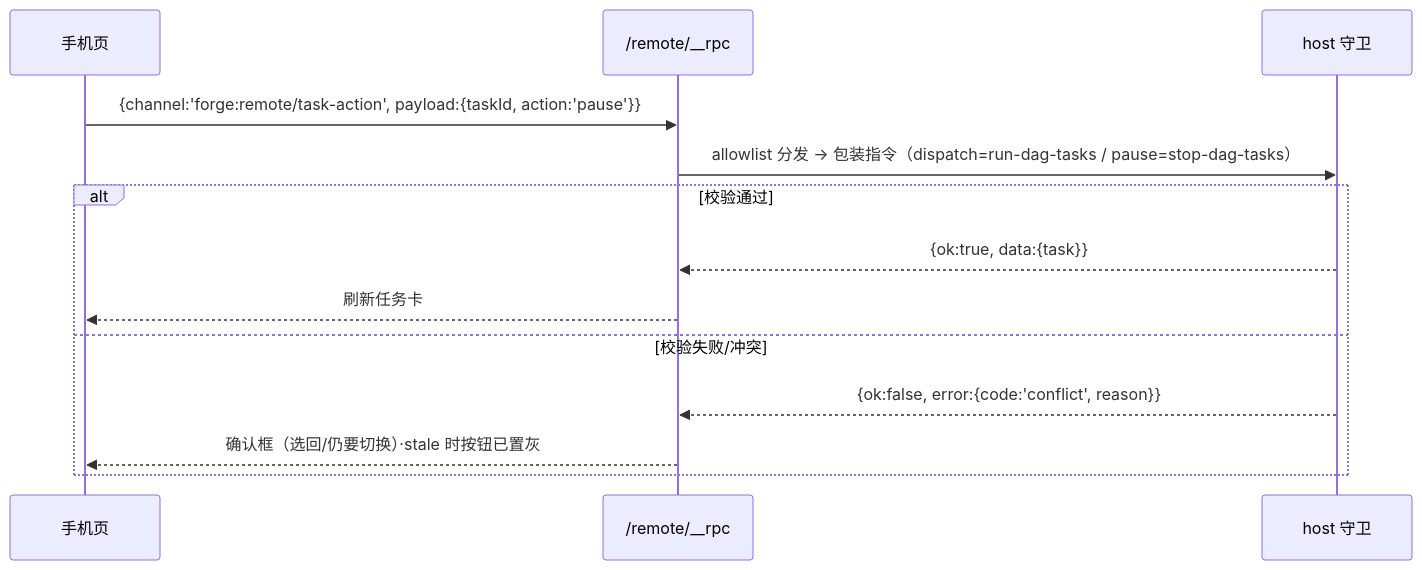
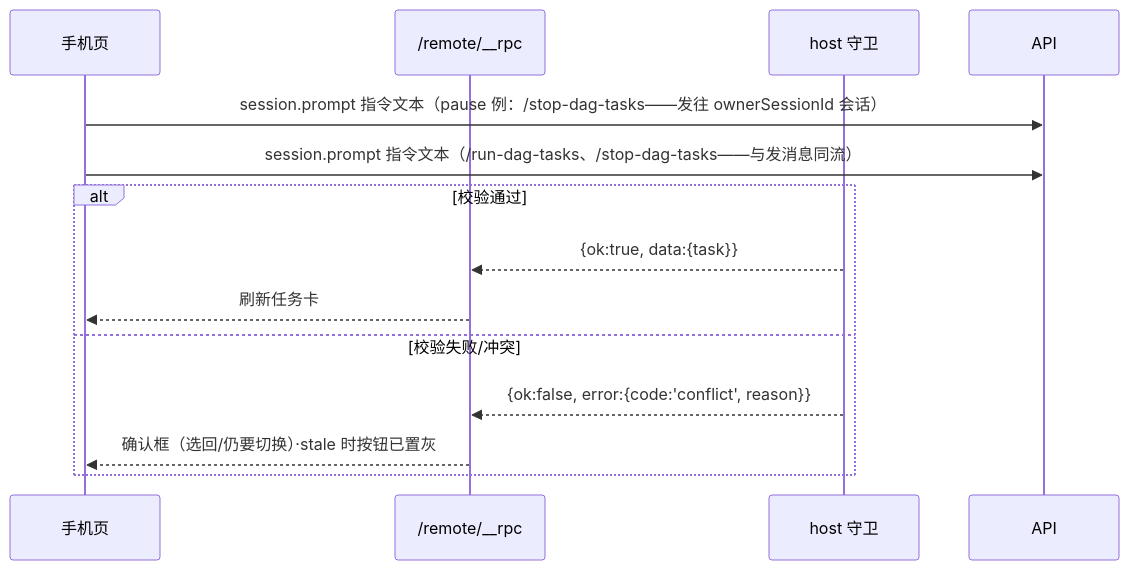
The tenth of 10 diagrams in .forge/docs/features/mobile-ui/design/tech-design.md (bigfaner/dsh-forge), drawn with Mermaid before and after one commit. The commit also changed other lines of this file and 1 other file, not shown here.

First line of the commit message:
docs(feature): 复用审计修订——task-action 通道撤销，指令动作用户消息化

````diff
--- a/.forge/docs/features/mobile-ui/design/tech-design.md
+++ b/.forge/docs/features/mobile-ui/design/tech-design.md
@@ -295,15 +295,15 @@
 ```mermaid
 sequenceDiagram
     participant P as 手机页
     participant RPC as /remote/__rpc
     participant H as host 守卫
-    P->>RPC: {channel:'forge:remote/task-action', payload:{taskId, action:'pause'}}
-    RPC->>H: allowlist 分发 → 包装指令（dispatch=run-dag-tasks / pause=stop-dag-tasks）
+    P->>API: session.prompt 指令文本（pause 例：/stop-dag-tasks——发往 ownerSessionId 会话）
+    P->>API: session.prompt 指令文本（/run-dag-tasks、/stop-dag-tasks——与发消息同流）
     alt 校验通过
         H-->>RPC: {ok:true, data:{task}}
         RPC-->>P: 刷新任务卡
     else 校验失败/冲突
         H-->>RPC: {ok:false, error:{code:'conflict', reason}}
         RPC-->>P: 确认框（选回/仍要切换）·stale 时按钮已置灰
     end
 ```
````
